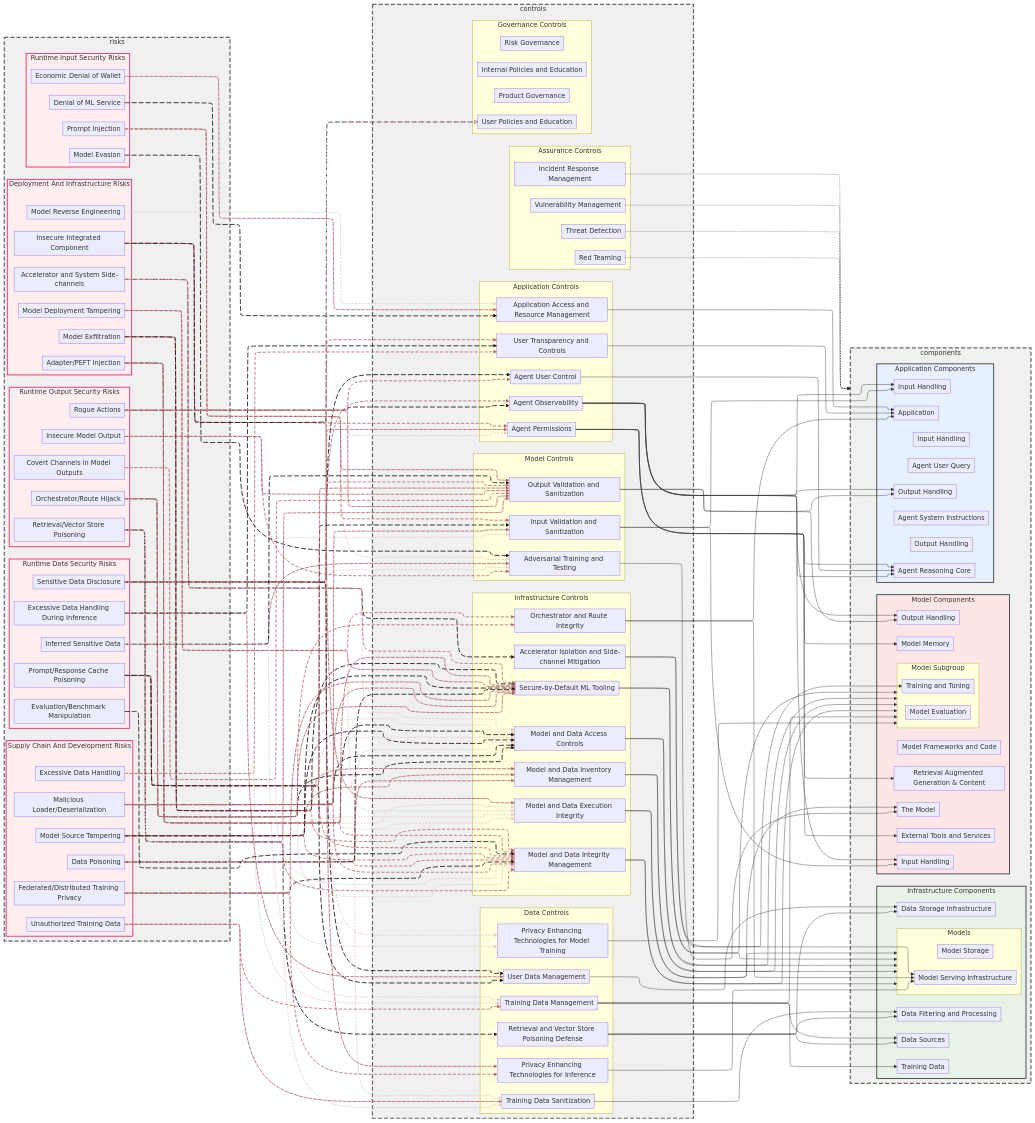
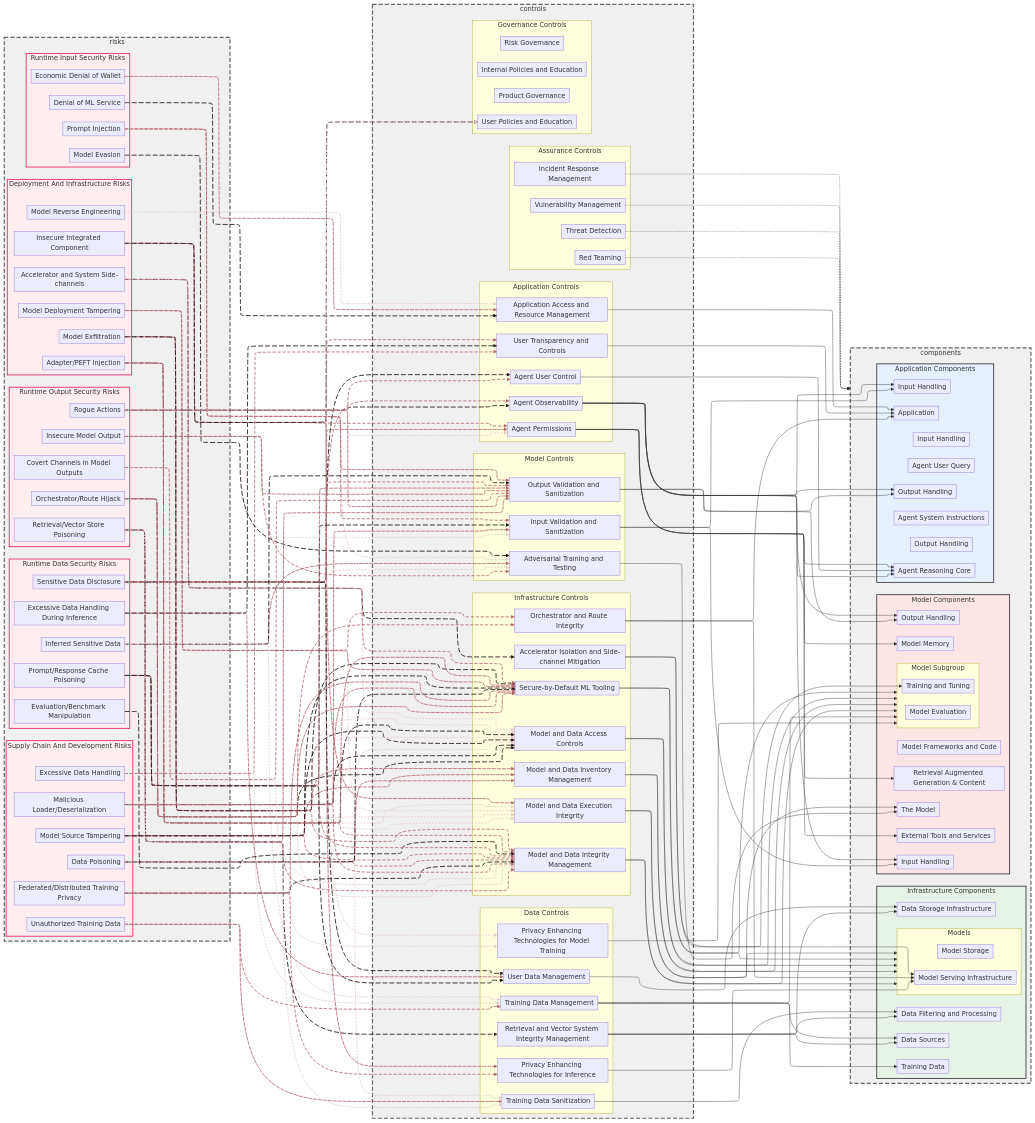
Before and after one commit to davidlabianca/secure-ai-tooling: the diagram in risk-map/diagrams/controls-to-risk-graph.mermaid, drawn with Mermaid. The commit also changed 13 other files, not shown here.

First line of the commit message:
Add control: Retrieval and Vector Store Poisoning Defense

```diff
--- a/risk-map/diagrams/controls-to-risk-graph.mermaid
+++ b/risk-map/diagrams/controls-to-risk-graph.mermaid
@@ -58,7 +58,7 @@
     subgraph controls
     subgraph controlsData ["Data Controls"]
         controlModelPrivacyEnhancingTechnologies[Privacy Enhancing Technologies for Model Training]
-        controlRetrievalAndVectorStorePoisoningDefense[Retrieval and Vector Store Poisoning Defense]
+        controlRetrievalAndVectorSystemIntegrity[Retrieval and Vector System Integrity Management]
         controlRuntimePrivacyEnhancingTechnologies[Privacy Enhancing Technologies for Inference]
         controlTrainingDataManagement[Training Data Management]
         controlTrainingDataSanitization[Training Data Sanitization]
@@ -229,7 +229,7 @@
     RVP --> controlInputValidationAndSanitization
     RVP --> controlModelAndDataIntegrityManagement
     RVP --> controlOutputValidationAndSanitization
-    RVP --> controlRetrievalAndVectorStorePoisoningDefense
+    RVP --> controlRetrievalAndVectorSystemIntegrity
     RVP --> controlTrainingDataSanitization
 
     %% Control to Component relationships (reused from ControlGraph)
@@ -273,9 +273,9 @@
     controlAgentObservability --> componentReasoningCore
     controlAcceleratorIsolationAndSideChannelMitigation --> componentModelServing
     controlAcceleratorIsolationAndSideChannelMitigation --> componentModelTrainingTuning
-    controlRetrievalAndVectorStorePoisoningDefense --> componentDataFilteringAndProcessing
-    controlRetrievalAndVectorStorePoisoningDefense --> componentDataSources
-    controlRetrievalAndVectorStorePoisoningDefense --> componentDataStorage
+    controlRetrievalAndVectorSystemIntegrity --> componentDataFilteringAndProcessing
+    controlRetrievalAndVectorSystemIntegrity --> componentDataSources
+    controlRetrievalAndVectorSystemIntegrity --> componentDataStorage
     controlOrchestratorAndRouteIntegrity --> componentApplication
     controlOrchestratorAndRouteIntegrity --> componentModelServing
 
```
